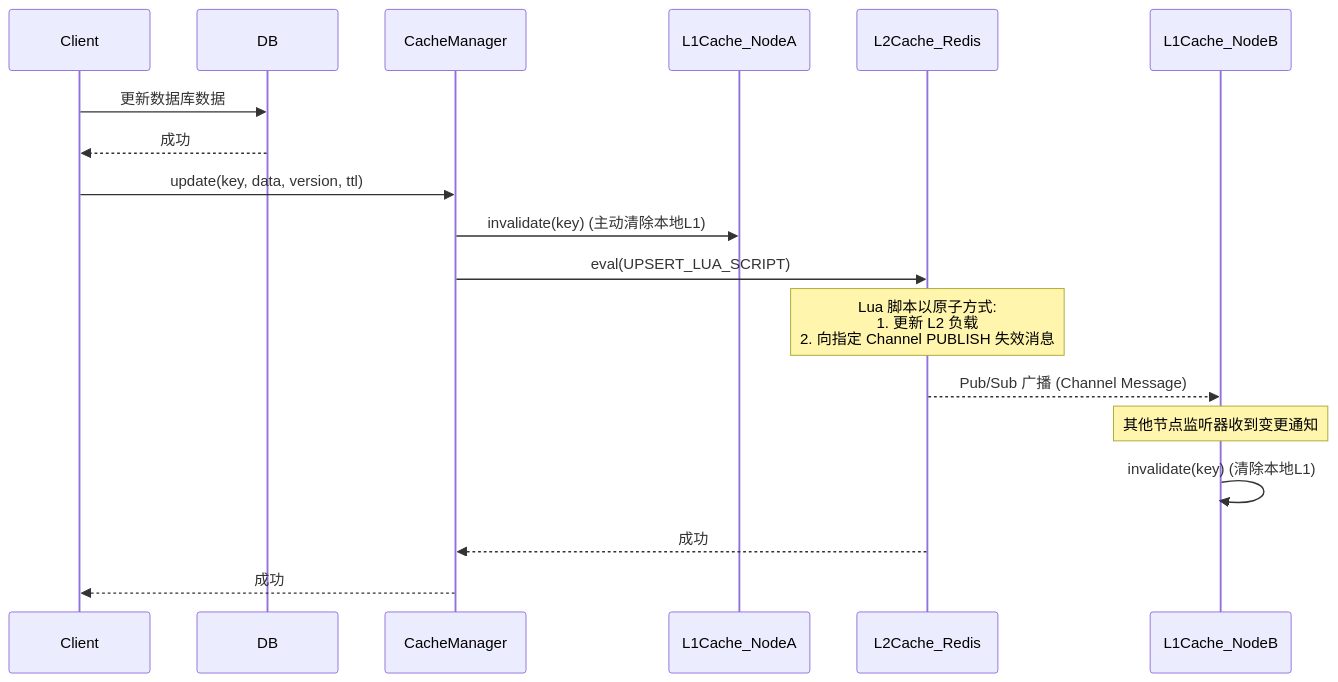
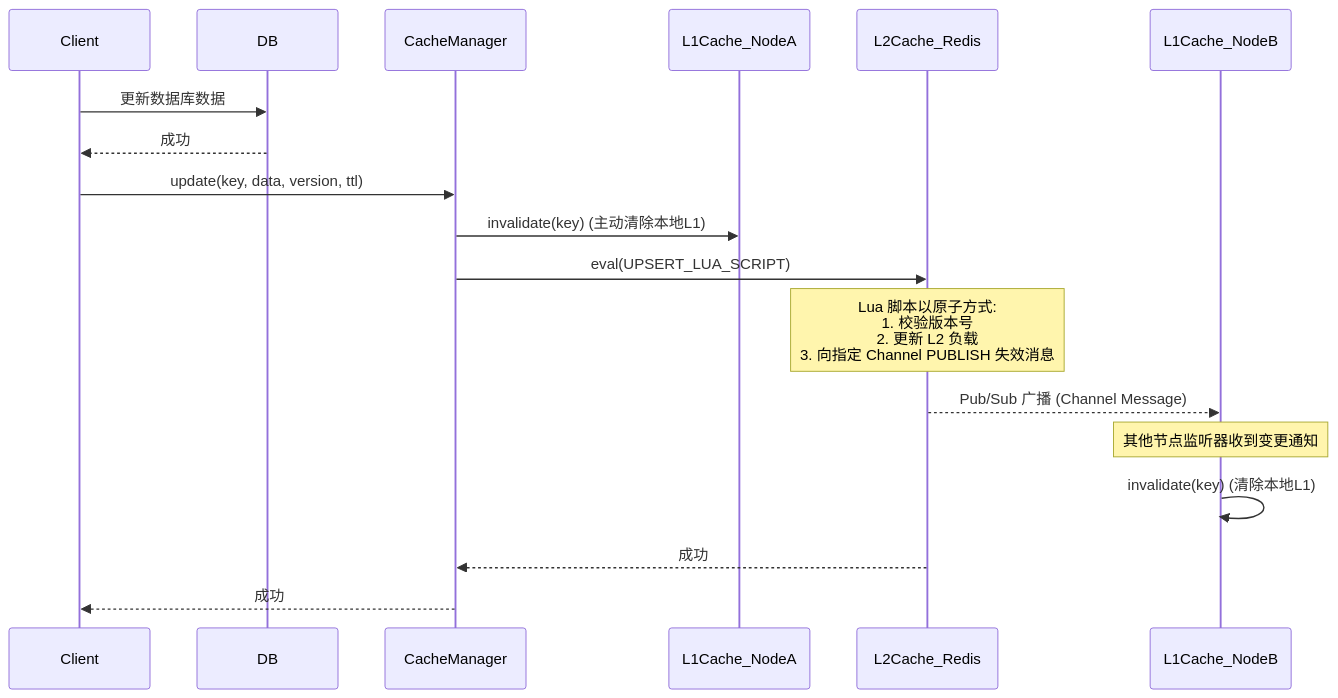
One commit to dk900912/multi-tier-cache-framework changed the third of 3 diagrams in README.md. Above: the diagram before and after it, drawn with Mermaid. The commit also changed other lines of this file, not shown here.

````diff
--- a/README.md
+++ b/README.md
@@ -214,26 +226,26 @@
 ```mermaid
 sequenceDiagram
     participant Client
     participant DB
     participant CacheManager
     participant L1Cache_NodeA
     participant L2Cache_Redis
     participant L1Cache_NodeB
 
     Client->>DB: 更新数据库数据
     DB-->>Client: 成功
     
     Client->>CacheManager: update(key, data, version, ttl)
     
     CacheManager->>L1Cache_NodeA: invalidate(key) (主动清除本地L1)
     
     CacheManager->>L2Cache_Redis: eval(UPSERT_LUA_SCRIPT)
-    Note over L2Cache_Redis: Lua 脚本以原子方式:<br/>1. 更新 L2 负载<br/>2. 向指定 Channel PUBLISH 失效消息
+    Note over L2Cache_Redis: Lua 脚本以原子方式:<br/>1. 校验版本号<br/>2. 更新 L2 负载<br/>3. 向指定 Channel PUBLISH 失效消息
     
     L2Cache_Redis-->>L1Cache_NodeB: Pub/Sub 广播 (Channel Message)
     Note over L1Cache_NodeB: 其他节点监听器收到变更通知
     L1Cache_NodeB->>L1Cache_NodeB: invalidate(key) (清除本地L1)
     
     L2Cache_Redis-->>CacheManager: 成功
     CacheManager-->>Client: 成功
 ```
````
